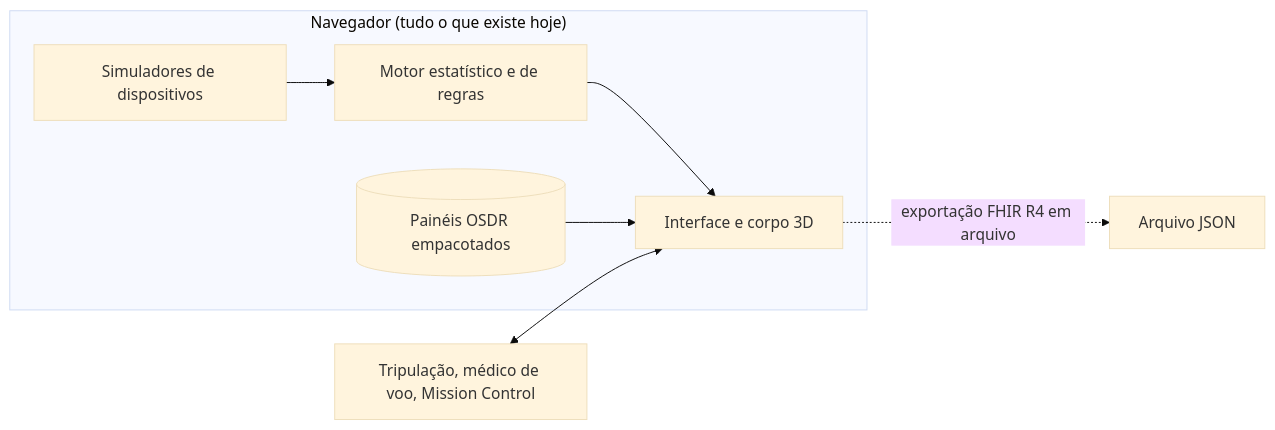
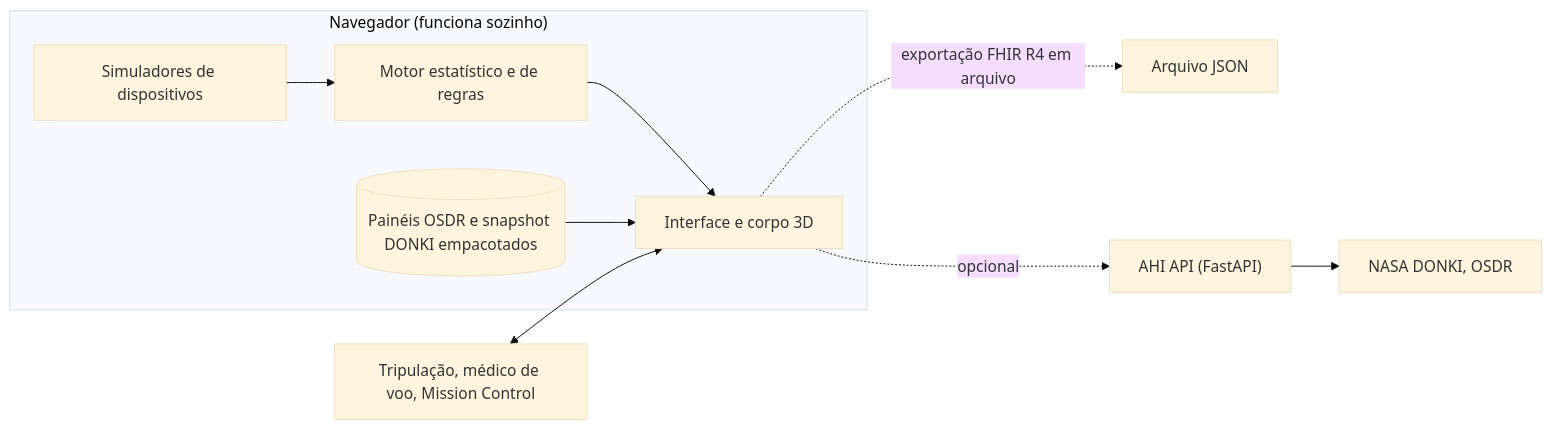
Before and after one commit to Gabrieldiv/astronaut-health-intelligence-platform: the second of 2 diagrams in docs-site/pt/overview/introduction.md, drawn with Mermaid (base theme). The commit also changed other lines of this file and 40 other files, not shown here.

````diff
--- a/docs-site/pt/overview/introduction.md
+++ b/docs-site/pt/overview/introduction.md
@@ -84,10 +92,12 @@
 ```mermaid
 flowchart LR
-    subgraph Navegador["Navegador (tudo o que existe hoje)"]
+    subgraph Navegador["Navegador (funciona sozinho)"]
       SIM[Simuladores de dispositivos] --> ENG[Motor estatístico e de regras]
       ENG --> UI[Interface e corpo 3D]
-      OSDR[(Painéis OSDR empacotados)] --> UI
+      OSDR[(Painéis OSDR e snapshot DONKI empacotados)] --> UI
     end
     USER[Tripulação, médico de voo, Mission Control] <--> UI
     UI -. exportação FHIR R4 em arquivo .-> FILE[Arquivo JSON]
+    UI -. opcional .-> API["AHI API (FastAPI)"]
+    API --> NASA["NASA DONKI, OSDR"]
 ```
````
